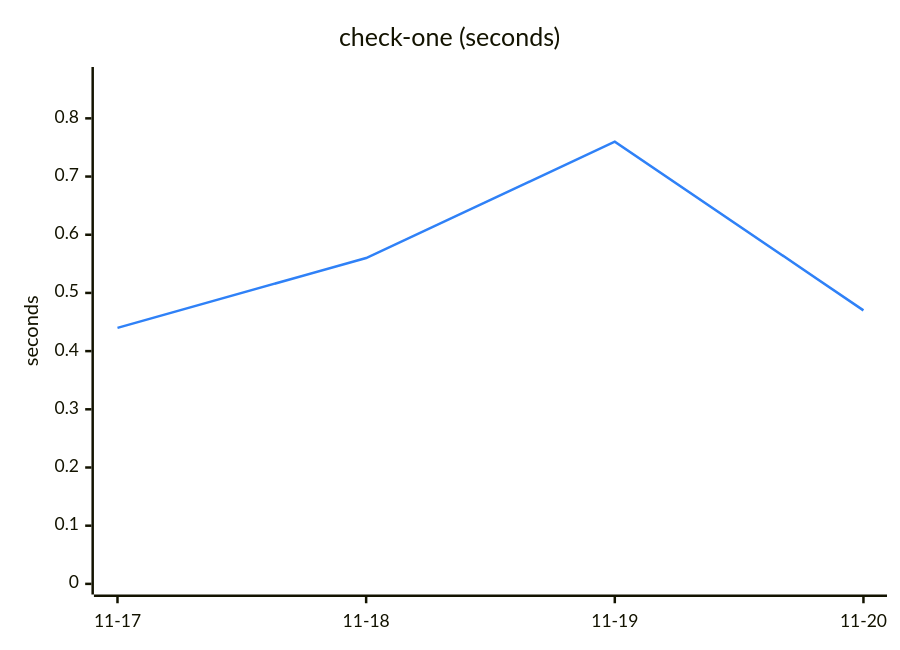
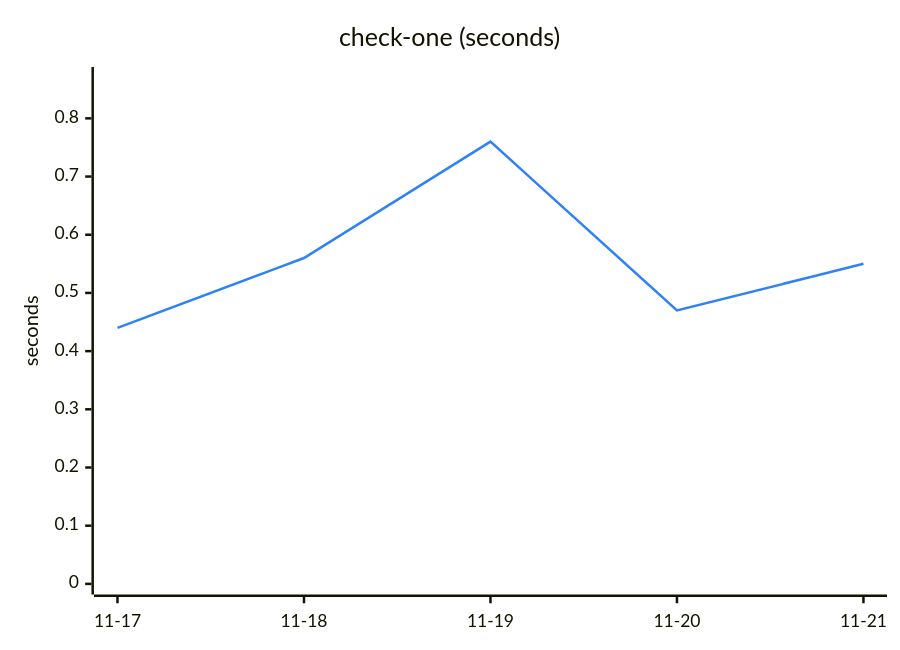
One commit to Ricovl/mxcli changed the fourth of 6 diagrams in TREND.md. Above: the diagram before and after it, drawn with Mermaid. The commit also changed other lines of this file and 2 other files, not shown here.

````diff
--- a/TREND.md
+++ b/TREND.md
@@ -97,13 +97,13 @@
 ```mermaid
 ---
 config:
   themeVariables:
     xyChart:
       plotColorPalette: "#2f81f7"
 ---
 xychart-beta
     title "check-one (seconds)"
-    x-axis ["11-17", "11-18", "11-19", "11-20"]
+    x-axis ["11-17", "11-18", "11-19", "11-20", "11-21"]
     y-axis "seconds" 0 --> 0.87
-    line [0.44, 0.56, 0.76, 0.47]
+    line [0.44, 0.56, 0.76, 0.47, 0.55]
 ```
````
